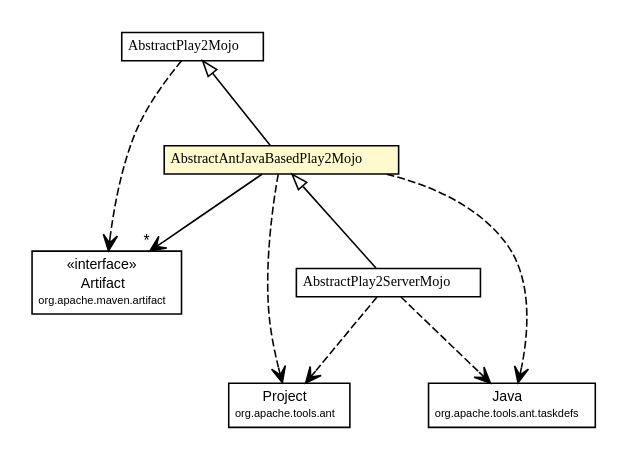
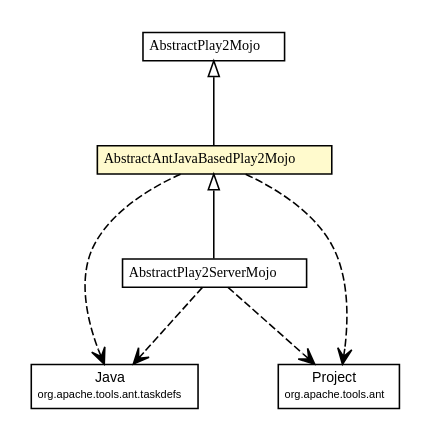
The diagram in play2-maven-plugin/1.0.0-beta4-SNAPSHOT/play2-maven-plugin/apidocs/com/google/code/play2/plugin/AbstractAntJavaBasedPlay2Mojo.dot (play2-maven-plugin/play2-maven-plugin.github.io), drawn with Graphviz before and after one commit. The commit also changed 368 other files, not shown here.

```diff
--- a/play2-maven-plugin/1.0.0-beta4-SNAPSHOT/play2-maven-plugin/apidocs/com/google/code/play2/plugin/AbstractAntJavaBasedPlay2Mojo.dot
+++ b/play2-maven-plugin/1.0.0-beta4-SNAPSHOT/play2-maven-plugin/apidocs/com/google/code/play2/plugin/AbstractAntJavaBasedPlay2Mojo.dot
@@ -1,68 +1,56 @@
 #!/usr/local/bin/dot
 #
 # Class diagram 
 # Generated by UMLGraph version R5_6-24-gf6e263 (http://www.umlgraph.org/)
 #
 
 digraph G {
 	edge [fontname="arial",fontsize=10,labelfontname="arial",labelfontsize=10];
 	node [fontname="arial",fontsize=10,shape=plaintext];
 	nodesep=0.25;
 	ranksep=0.5;
 	// com.google.code.play2.plugin.AbstractPlay2ServerMojo
-	c80 [label=<<table title="com.google.code.play2.plugin.AbstractPlay2ServerMojo" border="0" cellborder="1" cellspacing="0" cellpadding="2" port="p" href="./AbstractPlay2ServerMojo.html">
+	c79 [label=<<table title="com.google.code.play2.plugin.AbstractPlay2ServerMojo" border="0" cellborder="1" cellspacing="0" cellpadding="2" port="p" href="./AbstractPlay2ServerMojo.html">
 		<tr><td><table border="0" cellspacing="0" cellpadding="1">
 <tr><td align="center" balign="center"><font face="arial italic"> AbstractPlay2ServerMojo </font></td></tr>
 		</table></td></tr>
 		</table>>, URL="./AbstractPlay2ServerMojo.html", fontname="arial", fontcolor="black", fontsize=9.0];
 	// com.google.code.play2.plugin.AbstractPlay2Mojo
 	c92 [label=<<table title="com.google.code.play2.plugin.AbstractPlay2Mojo" border="0" cellborder="1" cellspacing="0" cellpadding="2" port="p" href="./AbstractPlay2Mojo.html">
 		<tr><td><table border="0" cellspacing="0" cellpadding="1">
 <tr><td align="center" balign="center"><font face="arial italic"> AbstractPlay2Mojo </font></td></tr>
 		</table></td></tr>
 		</table>>, URL="./AbstractPlay2Mojo.html", fontname="arial", fontcolor="black", fontsize=9.0];
 	// com.google.code.play2.plugin.AbstractAntJavaBasedPlay2Mojo
 	c105 [label=<<table title="com.google.code.play2.plugin.AbstractAntJavaBasedPlay2Mojo" border="0" cellborder="1" cellspacing="0" cellpadding="2" port="p" bgcolor="lemonChiffon" href="./AbstractAntJavaBasedPlay2Mojo.html">
 		<tr><td><table border="0" cellspacing="0" cellpadding="1">
 <tr><td align="center" balign="center"><font face="arial italic"> AbstractAntJavaBasedPlay2Mojo </font></td></tr>
 		</table></td></tr>
 		</table>>, URL="./AbstractAntJavaBasedPlay2Mojo.html", fontname="arial", fontcolor="black", fontsize=9.0];
 	//com.google.code.play2.plugin.AbstractPlay2ServerMojo extends com.google.code.play2.plugin.AbstractAntJavaBasedPlay2Mojo
-	c105:p -> c80:p [dir=back,arrowtail=empty];
+	c105:p -> c79:p [dir=back,arrowtail=empty];
 	//com.google.code.play2.plugin.AbstractAntJavaBasedPlay2Mojo extends com.google.code.play2.plugin.AbstractPlay2Mojo
 	c92:p -> c105:p [dir=back,arrowtail=empty];
-	// com.google.code.play2.plugin.AbstractAntJavaBasedPlay2Mojo NAVASSOC org.apache.maven.artifact.Artifact
-	c105:p -> c148:p [taillabel="", label="", headlabel="*", fontname="arial", fontcolor="black", fontsize=10.0, color="black", arrowhead=open];
+	// com.google.code.play2.plugin.AbstractPlay2ServerMojo DEPEND org.apache.tools.ant.taskdefs.Java
+	c79:p -> c159:p [taillabel="", label="", headlabel="", fontname="arial", fontcolor="black", fontsize=10.0, color="black", arrowhead=open, style=dashed];
 	// com.google.code.play2.plugin.AbstractPlay2ServerMojo DEPEND org.apache.tools.ant.Project
-	c80:p -> c163:p [taillabel="", label="", headlabel="", fontname="arial", fontcolor="black", fontsize=10.0, color="black", arrowhead=open, style=dashed];
-	// com.google.code.play2.plugin.AbstractPlay2ServerMojo DEPEND org.apache.tools.ant.taskdefs.Java
-	c80:p -> c176:p [taillabel="", label="", headlabel="", fontname="arial", fontcolor="black", fontsize=10.0, color="black", arrowhead=open, style=dashed];
-	// com.google.code.play2.plugin.AbstractPlay2Mojo DEPEND org.apache.maven.artifact.Artifact
-	c92:p -> c148:p [taillabel="", label="", headlabel="", fontname="arial", fontcolor="black", fontsize=10.0, color="black", arrowhead=open, style=dashed];
+	c79:p -> c172:p [taillabel="", label="", headlabel="", fontname="arial", fontcolor="black", fontsize=10.0, color="black", arrowhead=open, style=dashed];
+	// com.google.code.play2.plugin.AbstractAntJavaBasedPlay2Mojo DEPEND org.apache.tools.ant.taskdefs.Java
+	c105:p -> c159:p [taillabel="", label="", headlabel="", fontname="arial", fontcolor="black", fontsize=10.0, color="black", arrowhead=open, style=dashed];
 	// com.google.code.play2.plugin.AbstractAntJavaBasedPlay2Mojo DEPEND org.apache.tools.ant.Project
-	c105:p -> c163:p [taillabel="", label="", headlabel="", fontname="arial", fontcolor="black", fontsize=10.0, color="black", arrowhead=open, style=dashed];
-	// com.google.code.play2.plugin.AbstractAntJavaBasedPlay2Mojo DEPEND org.apache.tools.ant.taskdefs.Java
-	c105:p -> c176:p [taillabel="", label="", headlabel="", fontname="arial", fontcolor="black", fontsize=10.0, color="black", arrowhead=open, style=dashed];
+	c105:p -> c172:p [taillabel="", label="", headlabel="", fontname="arial", fontcolor="black", fontsize=10.0, color="black", arrowhead=open, style=dashed];
 	// org.apache.tools.ant.Project
-	c163 [label=<<table title="org.apache.tools.ant.Project" border="0" cellborder="1" cellspacing="0" cellpadding="2" port="p" href="http://play2-maven-plugin.github.io/external-apidocs/org/apache/ant/ant/1.9.4/org/apache/tools/ant/Project.html">
+	c172 [label=<<table title="org.apache.tools.ant.Project" border="0" cellborder="1" cellspacing="0" cellpadding="2" port="p" href="http://play2-maven-plugin.github.io/external-apidocs/org/apache/ant/ant/1.9.4/org/apache/tools/ant/Project.html">
 		<tr><td><table border="0" cellspacing="0" cellpadding="1">
 <tr><td align="center" balign="center"> Project </td></tr>
 <tr><td align="center" balign="center"><font point-size="7.0"> org.apache.tools.ant </font></td></tr>
 		</table></td></tr>
 		</table>>, URL="http://play2-maven-plugin.github.io/external-apidocs/org/apache/ant/ant/1.9.4/org/apache/tools/ant/Project.html", fontname="arial", fontcolor="black", fontsize=9.0];
-	// org.apache.maven.artifact.Artifact
-	c148 [label=<<table title="org.apache.maven.artifact.Artifact" border="0" cellborder="1" cellspacing="0" cellpadding="2" port="p" href="http://maven.apache.org/ref/2.2.1/maven-artifact/apidocs/org/apache/maven/artifact/Artifact.html">
-		<tr><td><table border="0" cellspacing="0" cellpadding="1">
-<tr><td align="center" balign="center"> &#171;interface&#187; </td></tr>
-<tr><td align="center" balign="center"> Artifact </td></tr>
-<tr><td align="center" balign="center"><font point-size="7.0"> org.apache.maven.artifact </font></td></tr>
-		</table></td></tr>
-		</table>>, URL="http://maven.apache.org/ref/2.2.1/maven-artifact/apidocs/org/apache/maven/artifact/Artifact.html", fontname="arial", fontcolor="black", fontsize=9.0];
 	// org.apache.tools.ant.taskdefs.Java
-	c176 [label=<<table title="org.apache.tools.ant.taskdefs.Java" border="0" cellborder="1" cellspacing="0" cellpadding="2" port="p" href="http://play2-maven-plugin.github.io/external-apidocs/org/apache/ant/ant/1.9.4/org/apache/tools/ant/taskdefs/Java.html">
+	c159 [label=<<table title="org.apache.tools.ant.taskdefs.Java" border="0" cellborder="1" cellspacing="0" cellpadding="2" port="p" href="http://play2-maven-plugin.github.io/external-apidocs/org/apache/ant/ant/1.9.4/org/apache/tools/ant/taskdefs/Java.html">
 		<tr><td><table border="0" cellspacing="0" cellpadding="1">
 <tr><td align="center" balign="center"> Java </td></tr>
 <tr><td align="center" balign="center"><font point-size="7.0"> org.apache.tools.ant.taskdefs </font></td></tr>
 		</table></td></tr>
 		</table>>, URL="http://play2-maven-plugin.github.io/external-apidocs/org/apache/ant/ant/1.9.4/org/apache/tools/ant/taskdefs/Java.html", fontname="arial", fontcolor="black", fontsize=9.0];
 }
```
